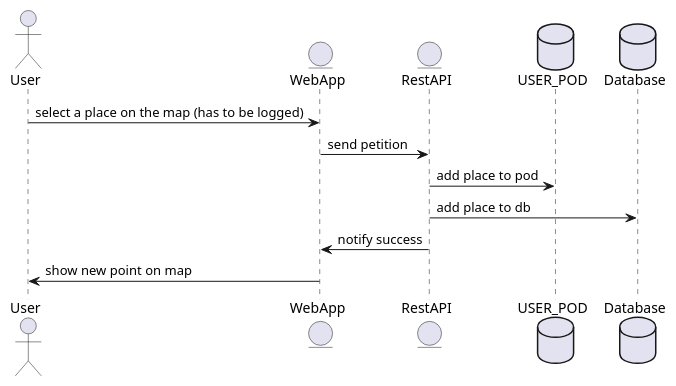
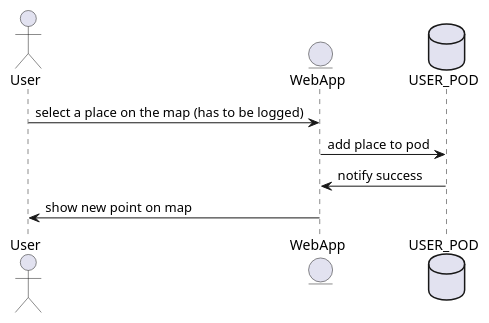
Before and after one commit to Arquisoft/lomap_es5c: the fifth of 7 diagrams in docs/06_runtime_view.adoc, drawn with PlantUML. The commit also changed other lines of this file and 17 other files, not shown here.

```diff
--- a/docs/06_runtime_view.adoc
+++ b/docs/06_runtime_view.adoc
@@ -99,15 +90,11 @@
 [plantuml,"Add places diagram",png]
 ----
 actor User
 entity EntityWeb as "WebApp"
-entity EntityRest as "RestAPI"
 database Pod as "USER_POD"
-database Mongo as "Database"
 
 User -> EntityWeb: select a place on the map (has to be logged)
-EntityWeb -> EntityRest: send petition
-EntityRest -> Pod: add place to pod
-EntityRest -> Mongo: add place to db
-EntityRest -> EntityWeb: notify success
+EntityWeb -> Pod: add place to pod
+Pod -> EntityWeb: notify success
 EntityWeb -> User: show new point on map
 ----
```
